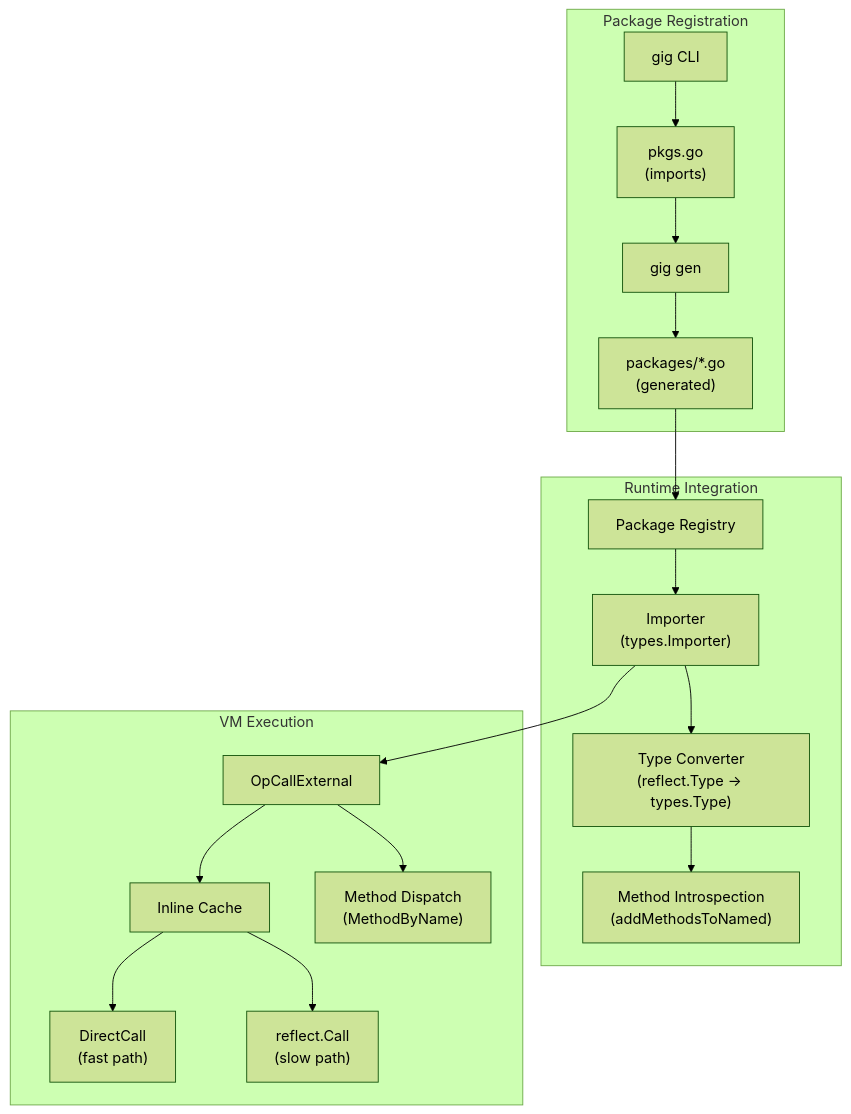
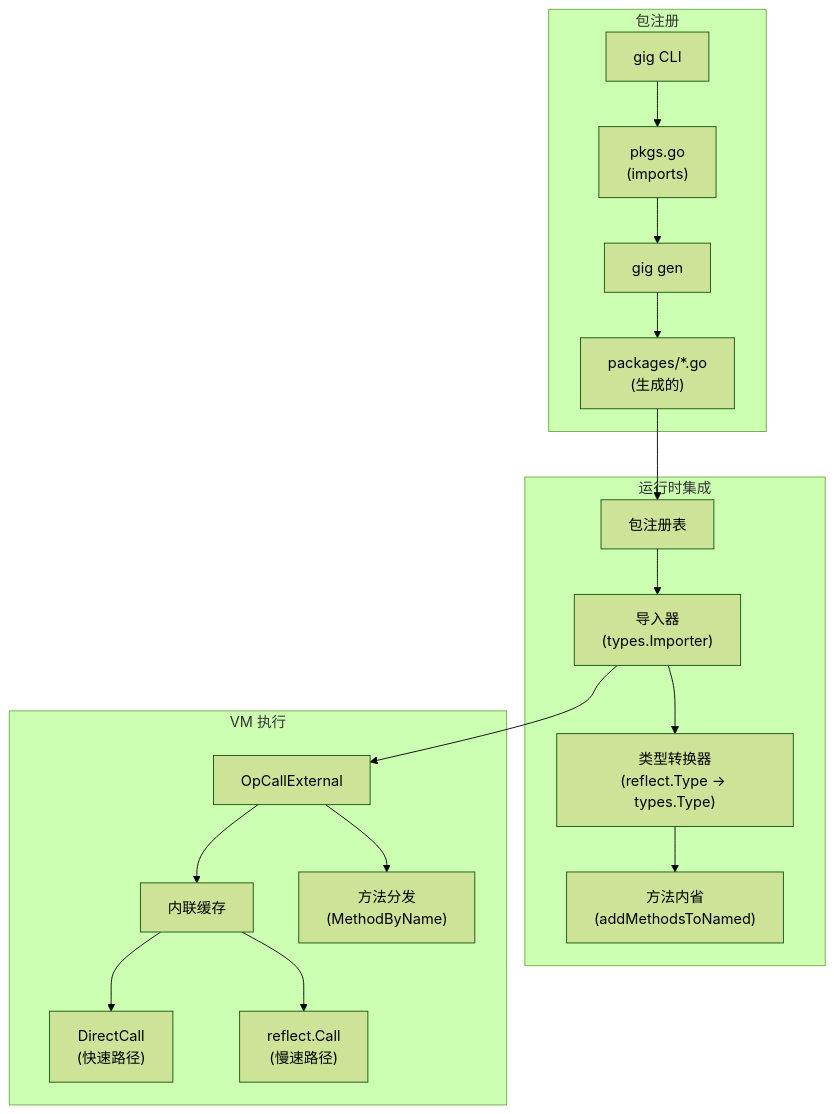
One commit to t04dJ14n9/gig changed the seventh of 7 diagrams in README.md. Above: the diagram before and after it, drawn with Mermaid (forest theme). The commit also changed other lines of this file and 130 other files, not shown here.

First line of the commit message:
feat: 添加 gofun 与规则引擎对比测试，更新为内网 import path

````diff
--- a/README.md
+++ b/README.md
@@ -655,34 +655,34 @@
 ```mermaid
 flowchart TB
-    subgraph Registration["Package Registration"]
+    subgraph Registration["包注册"]
         CLI["gig CLI"]
         PKGS["pkgs.go<br/>(imports)"]
         GEN["gig gen"]
-        GENERATED["packages/*.go<br/>(generated)"]
+        GENERATED["packages/*.go<br/>(生成的)"]
     end
     
-    subgraph Runtime["Runtime Integration"]
-        REG["Package Registry"]
-        IMPORT["Importer<br/>(types.Importer)"]
-        TYPECONV["Type Converter<br/>(reflect.Type → types.Type)"]
-        METHOD["Method Introspection<br/>(addMethodsToNamed)"]
+    subgraph Runtime["运行时集成"]
+        REG["包注册表"]
+        IMPORT["导入器<br/>(types.Importer)"]
+        TYPECONV["类型转换器<br/>(reflect.Type → types.Type)"]
+        METHOD["方法内省<br/>(addMethodsToNamed)"]
     end
     
-    subgraph Execution["VM Execution"]
+    subgraph Execution["VM 执行"]
         CALL["OpCallExternal"]
-        CACHE["Inline Cache"]
-        DIRECT["DirectCall<br/>(fast path)"]
-        REFLECT["reflect.Call<br/>(slow path)"]
-        METHODCALL["Method Dispatch<br/>(MethodByName)"]
+        CACHE["内联缓存"]
+        DIRECT["DirectCall<br/>(快速路径)"]
+        REFLECT["reflect.Call<br/>(慢速路径)"]
+        METHODCALL["方法分发<br/>(MethodByName)"]
     end
     
     CLI --> PKGS --> GEN --> GENERATED
     GENERATED --> REG
     REG --> IMPORT --> TYPECONV --> METHOD
     
     IMPORT --> CALL
     CALL --> CACHE
     CACHE --> DIRECT
     CACHE --> REFLECT
     CALL --> METHODCALL
 ```
````
